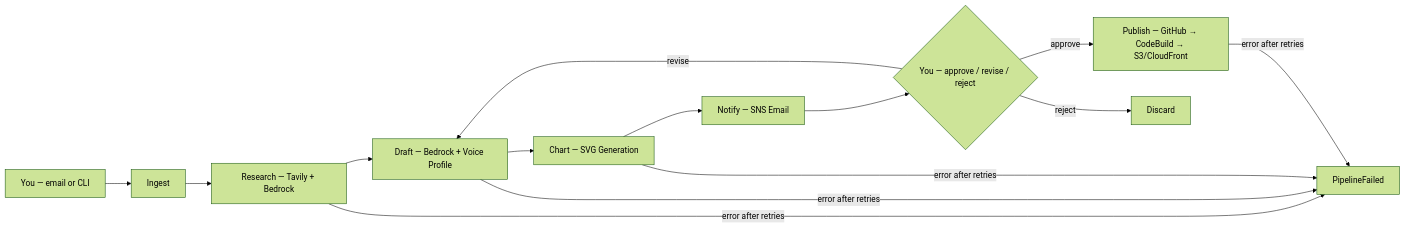
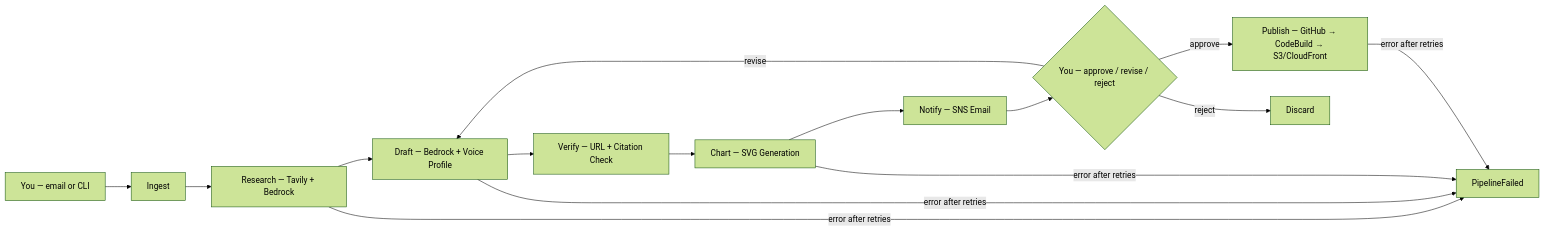
Before and after one commit to kzaky/khaledzaky.com: the diagram in agent/README.md, drawn with Mermaid (forest theme). The commit also changed other lines of this file and 6 other files, not shown here.

Commit message:
Add 3-layer citation verification: Research URL checks, Draft audit passes, Verify Lambda

````diff
--- a/agent/README.md
+++ b/agent/README.md
@@ -15,16 +15,17 @@
 ```mermaid
 flowchart LR
     A[You — email or CLI] --> B[Ingest]
     B --> C[Research — Tavily + Bedrock]
     C --> D[Draft — Bedrock + Voice Profile]
-    D --> E[Chart — SVG Generation]
+    D --> V[Verify — URL + Citation Check]
+    V --> E[Chart — SVG Generation]
     E --> F[Notify — SNS Email]
     F --> G{You — approve / revise / reject}
     G -->|approve| H[Publish — GitHub → CodeBuild → S3/CloudFront]
     G -->|revise| D
     G -->|reject| I[Discard]
     C -->|error after retries| J[PipelineFailed]
     D -->|error after retries| J
     E -->|error after retries| J
     H -->|error after retries| J
 ```
````
